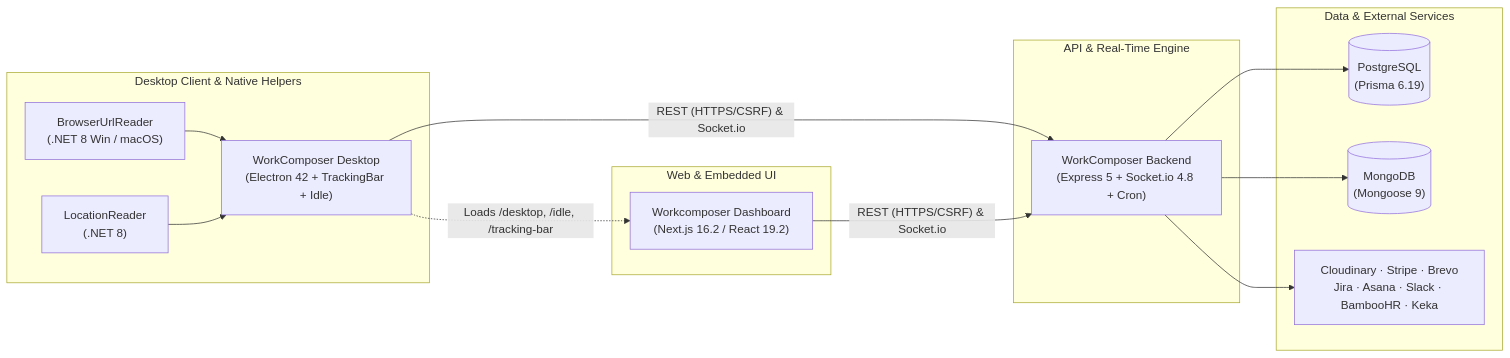
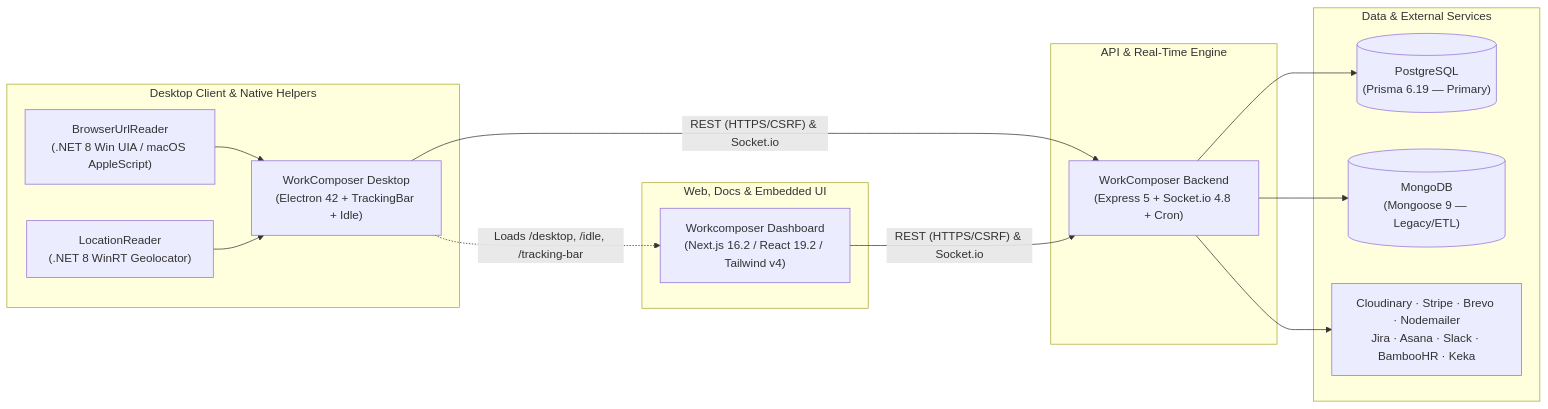
Before and after one commit to Rahul-git-web/WorkComposer: the diagram in README.md, drawn with Mermaid. The commit also changed other lines of this file and 4 other files, not shown here.

````diff
--- a/README.md
+++ b/README.md
@@ -43,31 +56,31 @@
 ```mermaid
 flowchart LR
     subgraph Desktop["Desktop Client & Native Helpers"]
         E["WorkComposer Desktop<br/>(Electron 42 + TrackingBar + Idle)"]
-        B["BrowserUrlReader<br/>(.NET 8 Win / macOS)"]
-        L["LocationReader<br/>(.NET 8)"]
+        B["BrowserUrlReader<br/>(.NET 8 Win UIA / macOS AppleScript)"]
+        L["LocationReader<br/>(.NET 8 WinRT Geolocator)"]
         B --> E
         L --> E
     end
 
-    subgraph Web["Web & Embedded UI"]
-        D["Workcomposer Dashboard<br/>(Next.js 16.2 / React 19.2)"]
+    subgraph Web["Web, Docs & Embedded UI"]
+        D["Workcomposer Dashboard<br/>(Next.js 16.2 / React 19.2 / Tailwind v4)"]
     end
 
     subgraph Backend["API & Real-Time Engine"]
         A["WorkComposer Backend<br/>(Express 5 + Socket.io 4.8 + Cron)"]
     end
 
     subgraph Data["Data & External Services"]
-        PG[("PostgreSQL<br/>(Prisma 6.19)")]
-        MG[("MongoDB<br/>(Mongoose 9)")]
-        EXT["Cloudinary · Stripe · Brevo<br/>Jira · Asana · Slack · BambooHR · Keka"]
+        PG[("PostgreSQL<br/>(Prisma 6.19 — Primary)")]
+        MG[("MongoDB<br/>(Mongoose 9 — Legacy/ETL)")]
+        EXT["Cloudinary · Stripe · Brevo · Nodemailer<br/>Jira · Asana · Slack · BambooHR · Keka"]
     end
 
     E -- "REST (HTTPS/CSRF) & Socket.io" --> A
     D -- "REST (HTTPS/CSRF) & Socket.io" --> A
     E -. "Loads /desktop, /idle, /tracking-bar" .-> D
     A --> PG
     A --> MG
     A --> EXT
 ```
````
